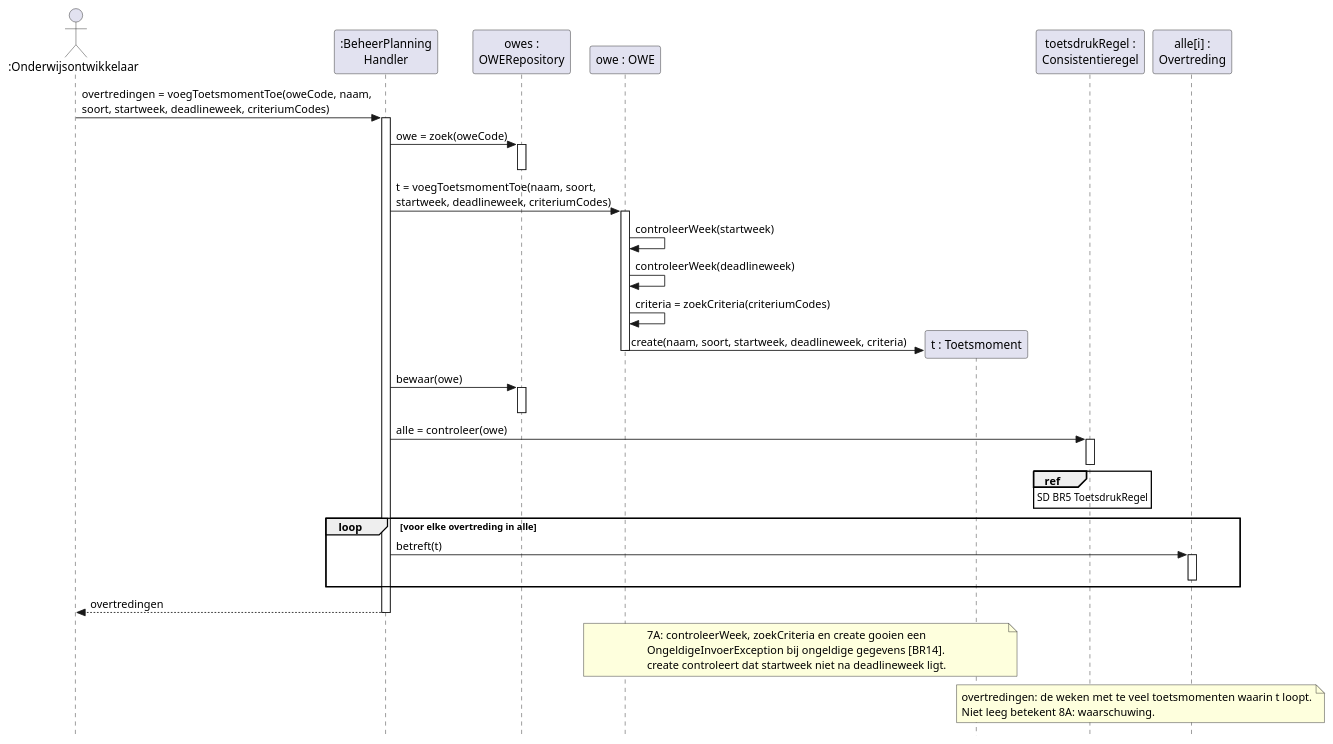
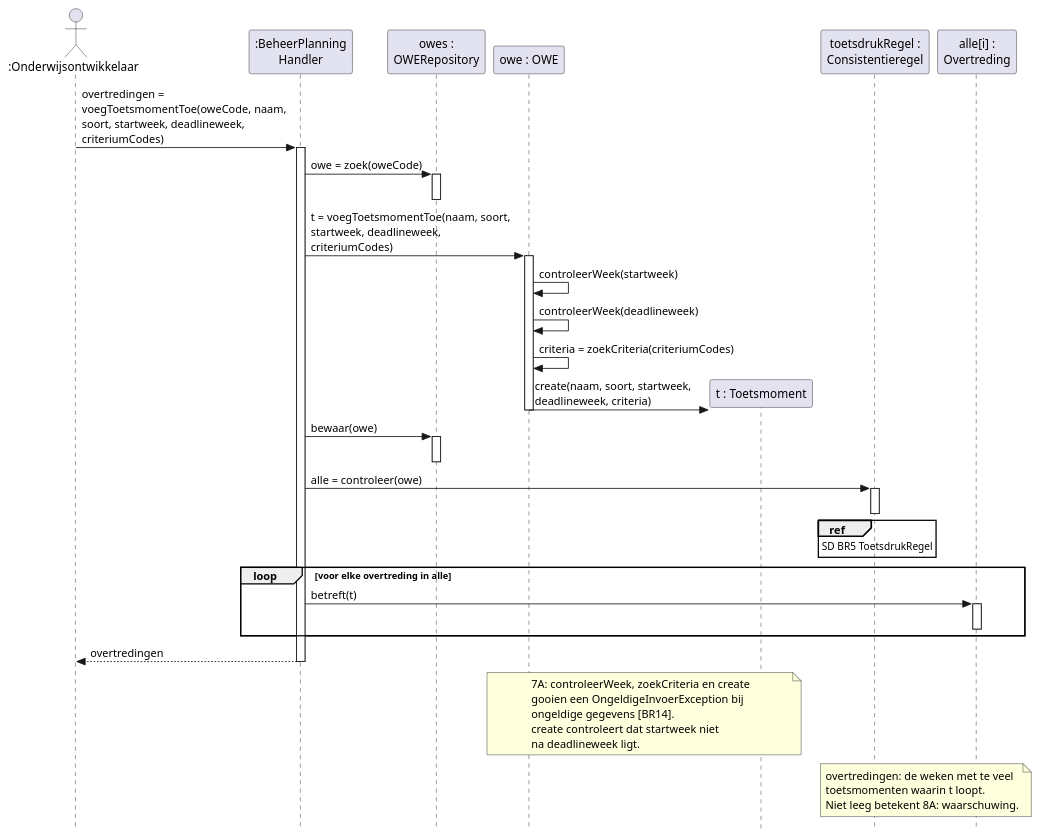
One commit to HAN-Craftsmanship-KL-JJG/casus changed the diagram in docs/diagrams/sd-uc11-voegtoetsmomenttoe.puml. Above: the diagram before and after it, drawn with PlantUML. The commit also changed 16 other files, not shown here.

First line of the commit message:
docs: wrap long messages in sequence diagrams

```diff
--- a/docs/diagrams/sd-uc11-voegtoetsmomenttoe.puml
+++ b/docs/diagrams/sd-uc11-voegtoetsmomenttoe.puml
@@ -1,54 +1,57 @@
 @startuml sd-uc11-voegtoetsmomenttoe
 ' Sequence diagram van systeemoperatie voegToetsmomentToe (UC11, Toevoegen toetsmoment,
 ' stap 5 tot en met 8). Toelichting: docs/sequencediagrammen.md
 skinparam style strictuml
 skinparam shadowing false
 skinparam defaultFontName Helvetica
 hide footbox
 
 actor ":Onderwijsontwikkelaar" as ontwikkelaar
 participant ":BeheerPlanning\nHandler" as handler
 participant "owes :\nOWERepository" as owes
 participant "owe : OWE" as owe
 participant "t : Toetsmoment" as toetsmoment
 participant "toetsdrukRegel :\nConsistentieregel" as regel
 participant "alle[i] :\nOvertreding" as overtreding
 
-ontwikkelaar -> handler : overtredingen = voegToetsmomentToe(oweCode, naam,\n\
-soort, startweek, deadlineweek, criteriumCodes)
+ontwikkelaar -> handler : overtredingen =\nvoegToetsmomentToe(oweCode, naam,\n\
+soort, startweek, deadlineweek,\ncriteriumCodes)
 activate handler
 handler -> owes : owe = zoek(oweCode)
 activate owes
 deactivate owes
-handler -> owe : t = voegToetsmomentToe(naam, soort,\nstartweek, deadlineweek, criteriumCodes)
+handler -> owe : t = voegToetsmomentToe(naam, soort,\nstartweek, deadlineweek,\ncriteriumCodes)
 activate owe
 owe -> owe : controleerWeek(startweek)
 owe -> owe : controleerWeek(deadlineweek)
 owe -> owe : criteria = zoekCriteria(criteriumCodes)
 create toetsmoment
-owe -> toetsmoment : create(naam, soort, startweek, deadlineweek, criteria)
+owe -> toetsmoment : create(naam, soort, startweek,\ndeadlineweek, criteria)
 deactivate owe
 handler -> owes : bewaar(owe)
 activate owes
 deactivate owes
 handler -> regel : alle = controleer(owe)
 activate regel
 ref over regel : SD BR5 ToetsdrukRegel
 deactivate regel
 loop voor elke overtreding in alle
   handler -> overtreding : betreft(t)
   activate overtreding
   deactivate overtreding
 end
 handler --> ontwikkelaar : overtredingen
 deactivate handler
 note over owe, toetsmoment
-  7A: controleerWeek, zoekCriteria en create gooien een
-  OngeldigeInvoerException bij ongeldige gegevens [BR14].
-  create controleert dat startweek niet na deadlineweek ligt.
+  7A: controleerWeek, zoekCriteria en create
+  gooien een OngeldigeInvoerException bij
+  ongeldige gegevens [BR14].
+  create controleert dat startweek niet
+  na deadlineweek ligt.
 end note
 note over regel, overtreding
-  overtredingen: de weken met te veel toetsmomenten waarin t loopt.
+  overtredingen: de weken met te veel
+  toetsmomenten waarin t loopt.
   Niet leeg betekent 8A: waarschuwing.
 end note
 @enduml
```
